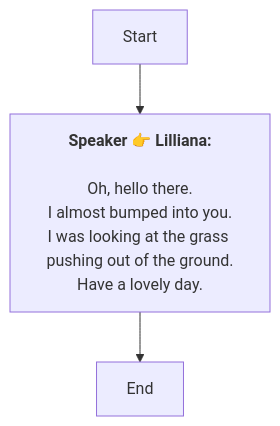
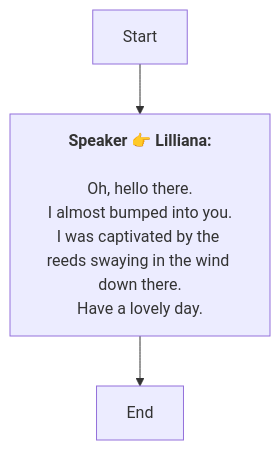
One commit to SoftHu/tos_avg changed the diagram in En/AddDialogNode_1769061427313724.md. Above: the diagram before and after it, drawn with Mermaid. The commit also changed 312 other files, not shown here.

````diff
--- a/En/AddDialogNode_1769061427313724.md
+++ b/En/AddDialogNode_1769061427313724.md
@@ -1,11 +1,11 @@
 ```mermaid
 graph
 Start -->1769061592472639[<b>Speaker 👉 Lilliana:</b>
 
 Oh, hello there.
 I almost bumped into you.
-I was looking at the grass pushing out of the ground.
+I was captivated by the reeds swaying in the wind down there.
 Have a lovely day. ]
 1769061592472639 -->1769061595825216[End]
 
  ```
````
